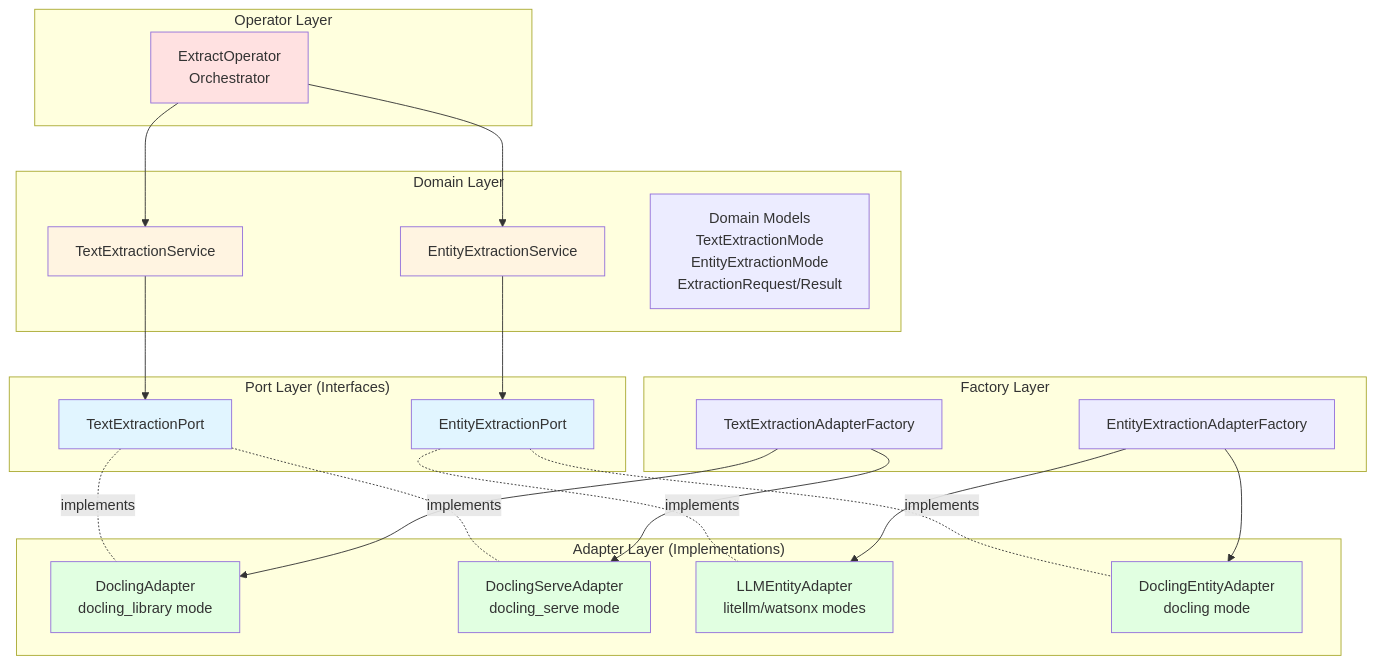
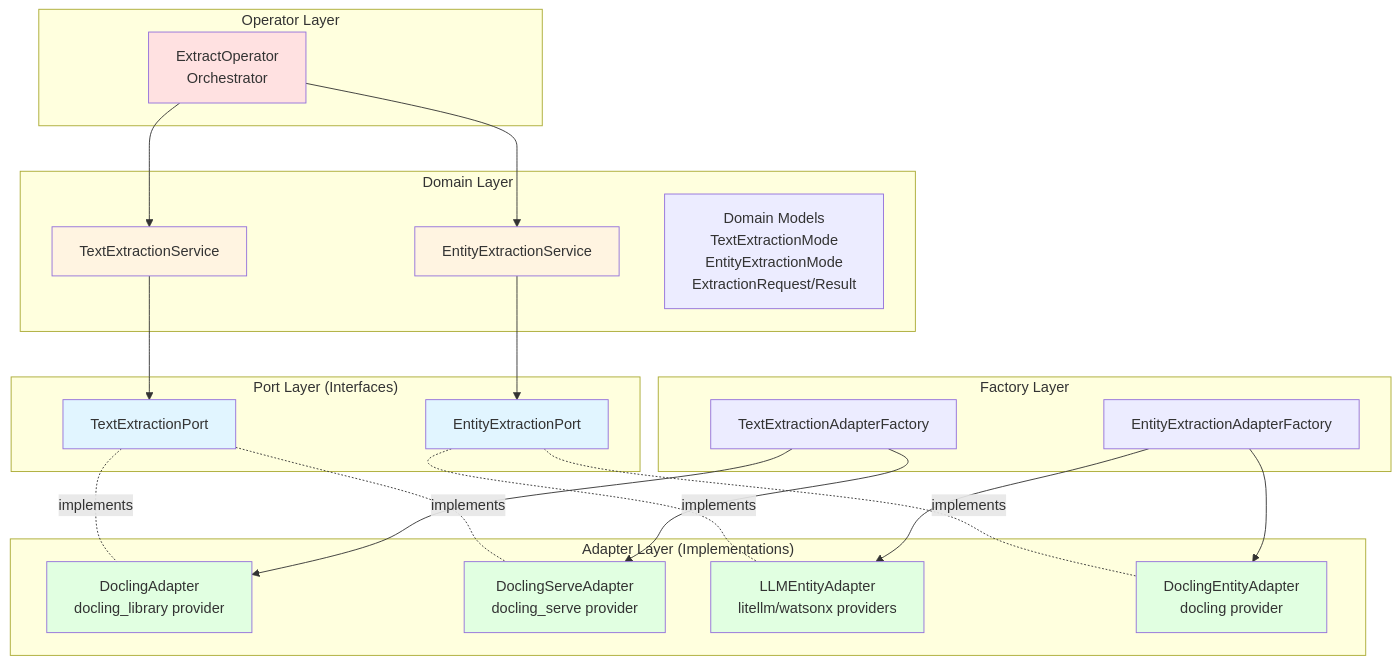
Diagram 19 of 31 in ARCHITECTURE.md (anupvarma007-ui/datasift-opensource), drawn with Mermaid before and after one commit. The commit also changed other lines of this file and 31 other files, not shown here.

````diff
--- a/ARCHITECTURE.md
+++ b/ARCHITECTURE.md
@@ -2316,52 +2316,52 @@
 ```mermaid
 graph TB
     subgraph "Operator Layer"
         EXT[ExtractOperator<br/>Orchestrator]
     end
 
     subgraph "Domain Layer"
         TES[TextExtractionService]
         EES[EntityExtractionService]
         MODELS[Domain Models<br/>TextExtractionMode<br/>EntityExtractionMode<br/>ExtractionRequest/Result]
     end
 
     subgraph "Port Layer (Interfaces)"
         TEP[TextExtractionPort]
         EEP[EntityExtractionPort]
     end
 
     subgraph "Adapter Layer (Implementations)"
-        DA[DoclingAdapter<br/>docling_library mode]
-        DSA[DoclingServeAdapter<br/>docling_serve mode]
-        LEA[LLMEntityAdapter<br/>litellm/watsonx modes]
-        DEA[DoclingEntityAdapter<br/>docling mode]
+        DA[DoclingAdapter<br/>docling_library provider]
+        DSA[DoclingServeAdapter<br/>docling_serve provider]
+        LEA[LLMEntityAdapter<br/>litellm/watsonx providers]
+        DEA[DoclingEntityAdapter<br/>docling provider]
     end
 
     subgraph "Factory Layer"
         TEF[TextExtractionAdapterFactory]
         EEF[EntityExtractionAdapterFactory]
     end
 
     EXT --> TES
     EXT --> EES
     TES --> TEP
     EES --> EEP
     TEP -.implements.- DA
     TEP -.implements.- DSA
     EEP -.implements.- LEA
     EEP -.implements.- DEA
     TEF --> DA
     TEF --> DSA
     EEF --> LEA
     EEF --> DEA
 
     style EXT fill:#ffe1e1
     style TES fill:#fff4e1
     style EES fill:#fff4e1
     style TEP fill:#e1f5ff
     style EEP fill:#e1f5ff
     style DA fill:#e1ffe1
     style DSA fill:#e1ffe1
     style LEA fill:#e1ffe1
     style DEA fill:#e1ffe1
 ```
````
